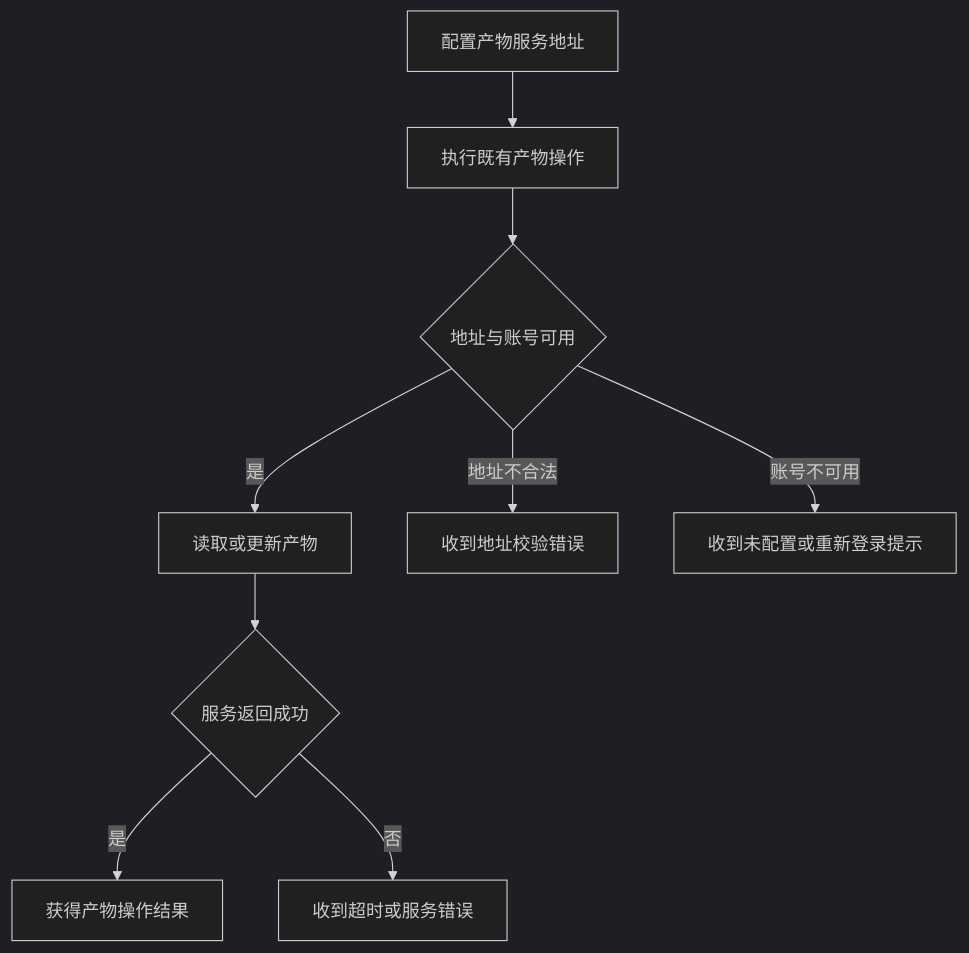
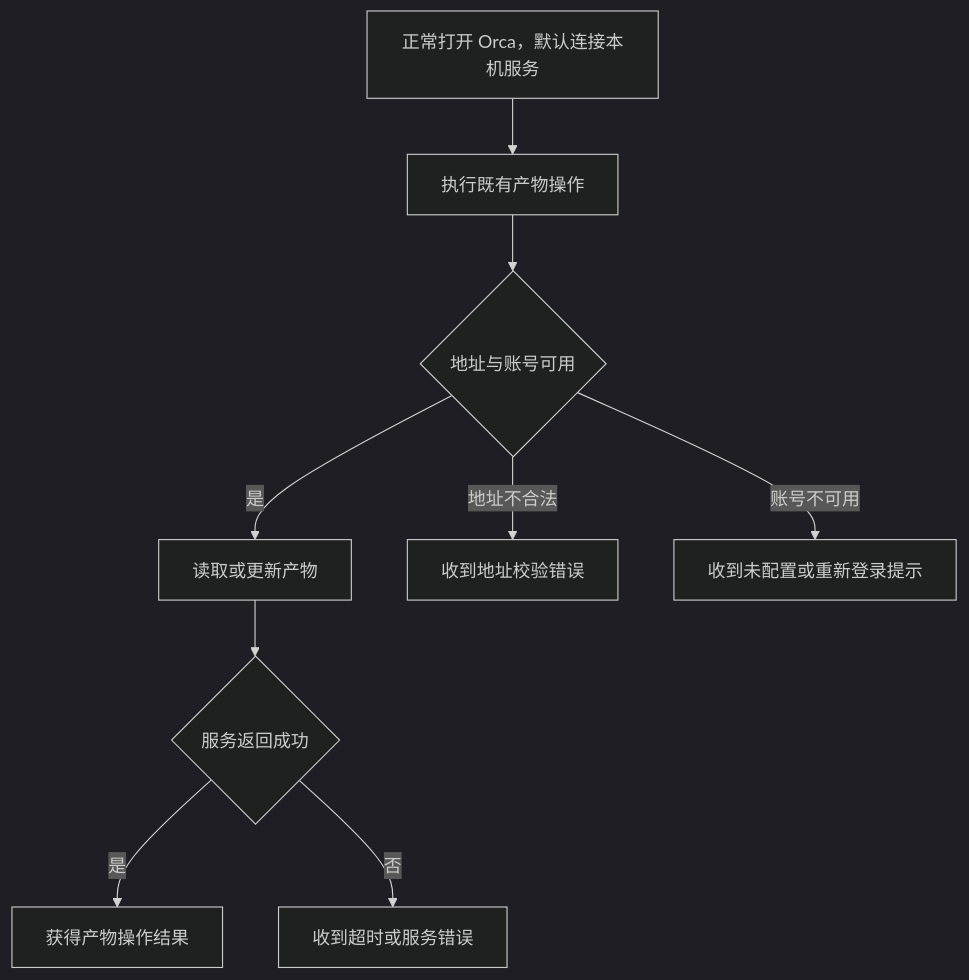
The second of 2 diagrams in docs/issue/自托管产物后端/solutions/自托管产物后端技术说明.md (Fartown/orca), drawn with Mermaid (dark theme) before and after one commit. The commit also changed other lines of this file and 10 other files, not shown here.

````diff
--- a/docs/issue/自托管产物后端/solutions/自托管产物后端技术说明.md
+++ b/docs/issue/自托管产物后端/solutions/自托管产物后端技术说明.md
@@ -41,11 +43,11 @@
 ```mermaid
 flowchart TD
-    A[配置产物服务地址] --> B[执行既有产物操作]
+    A[正常打开 Orca，默认连接本机服务] --> B[执行既有产物操作]
     B --> C{地址与账号可用}
     C -->|是| D[读取或更新产物]
     C -->|地址不合法| E[收到地址校验错误]
     C -->|账号不可用| F[收到未配置或重新登录提示]
     D --> G{服务返回成功}
     G -->|是| H[获得产物操作结果]
     G -->|否| I[收到超时或服务错误]
 ```
````
